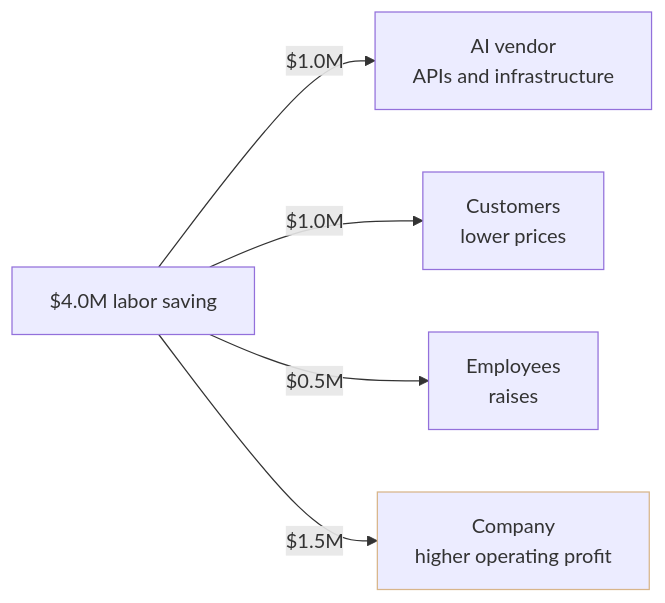
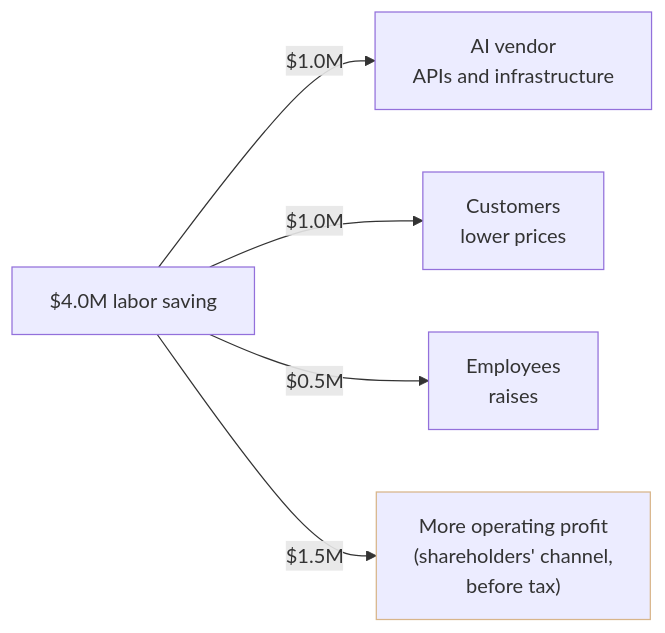
The diagram in assets/images/2026-11-15-who-captures-the-gains-from-ai-cost-savings-four-channels.mmd (james-wang-sage/james-wang-sage.github.io), drawn with Mermaid before and after one commit. The commit also changed 2 other files, not shown here.

Commit message:
post: label the $1.5M as more operating profit (shareholders' channel, before tax)

```diff
--- a/assets/images/2026-11-15-who-captures-the-gains-from-ai-cost-savings-four-channels.mmd
+++ b/assets/images/2026-11-15-who-captures-the-gains-from-ai-cost-savings-four-channels.mmd
@@ -1,7 +1,7 @@
 flowchart LR
   saving["$4.0M labor saving"]
   saving -->|"$1.0M"| vendor["AI vendor<br/>APIs and infrastructure"]
   saving -->|"$1.0M"| customers["Customers<br/>lower prices"]
   saving -->|"$0.5M"| employees["Employees<br/>raises"]
-  saving -->|"$1.5M"| shareholders["Company<br/>higher operating profit"]
+  saving -->|"$1.5M"| shareholders["More operating profit<br/>(shareholders' channel,<br/>before tax)"]
   style shareholders stroke:#d8b58a
```
